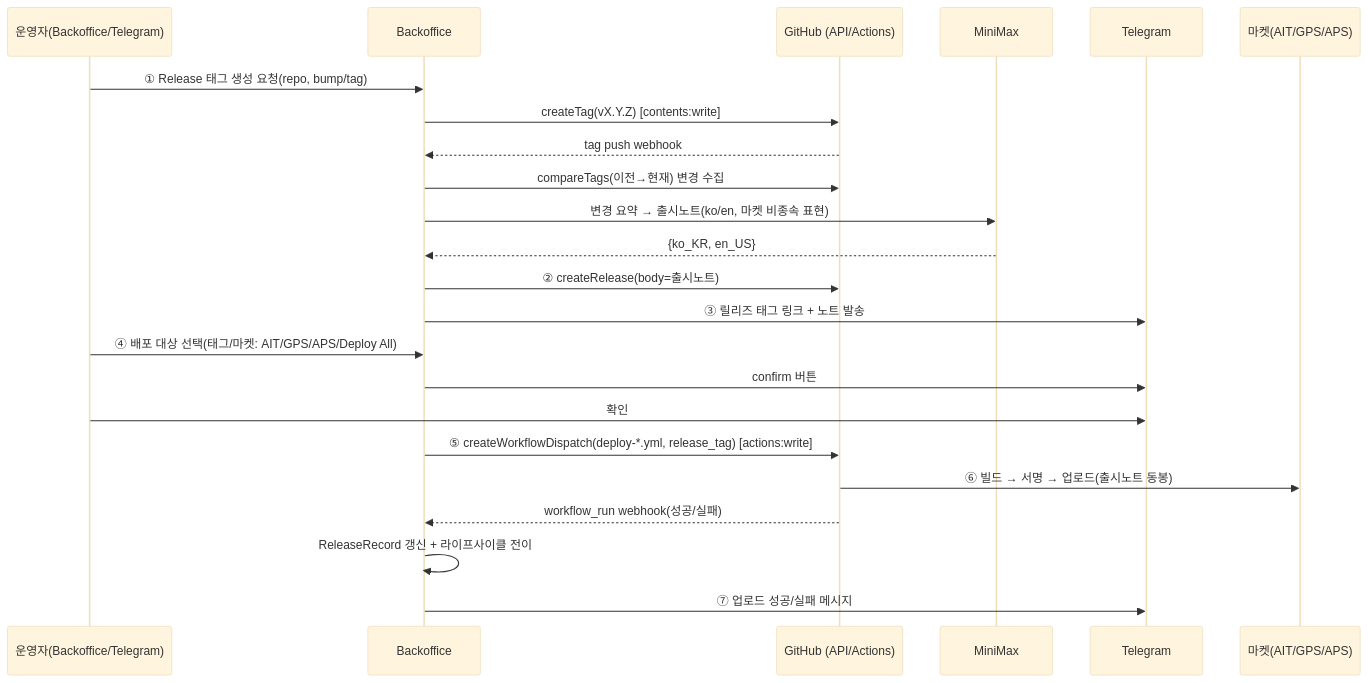
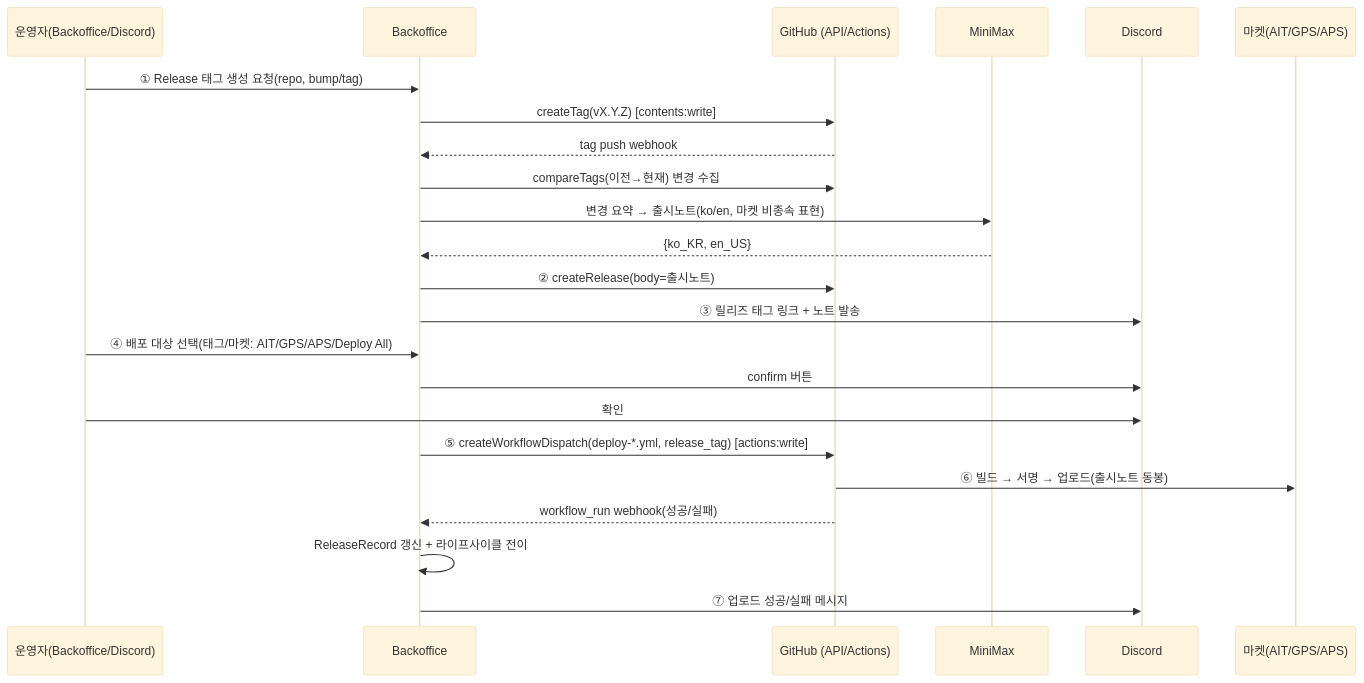
Before and after one commit to seorilabs/.github: the second of 3 diagrams in docs/ci-cd/org-cicd-release-system.md, drawn with Mermaid (base theme). The commit also changed other lines of this file and 1 other file, not shown here.

````diff
--- a/docs/ci-cd/org-cicd-release-system.md
+++ b/docs/ci-cd/org-cicd-release-system.md
@@ -216,26 +216,26 @@
 ```mermaid
 sequenceDiagram
-    participant U as 운영자(Backoffice/Telegram)
+    participant U as 운영자(Backoffice/Discord)
     participant BO as Backoffice
     participant GH as GitHub (API/Actions)
     participant AI as MiniMax
-    participant TG as Telegram
+    participant DC as Discord
     participant MK as 마켓(AIT/GPS/APS)
 
     U->>BO: ① Release 태그 생성 요청(repo, bump/tag)
     BO->>GH: createTag(vX.Y.Z) [contents:write]
     GH-->>BO: tag push webhook
     BO->>GH: compareTags(이전→현재) 변경 수집
     BO->>AI: 변경 요약 → 출시노트(ko/en, 마켓 비종속 표현)
     AI-->>BO: {ko_KR, en_US}
     BO->>GH: ② createRelease(body=출시노트)
-    BO->>TG: ③ 릴리즈 태그 링크 + 노트 발송
+    BO->>DC: ③ 릴리즈 태그 링크 + 노트 발송
     U->>BO: ④ 배포 대상 선택(태그/마켓: AIT/GPS/APS/Deploy All)
-    BO->>TG: confirm 버튼
-    U->>TG: 확인
+    BO->>DC: confirm 버튼
+    U->>DC: 확인
     BO->>GH: ⑤ createWorkflowDispatch(deploy-*.yml, release_tag) [actions:write]
     GH->>MK: ⑥ 빌드 → 서명 → 업로드(출시노트 동봉)
     GH-->>BO: workflow_run webhook(성공/실패)
     BO->>BO: ReleaseRecord 갱신 + 라이프사이클 전이
-    BO->>TG: ⑦ 업로드 성공/실패 메시지
+    BO->>DC: ⑦ 업로드 성공/실패 메시지
 ```
````
